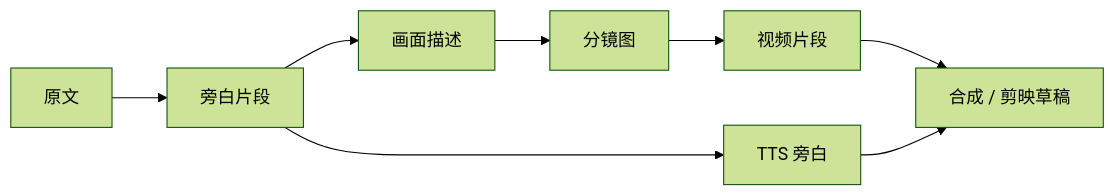
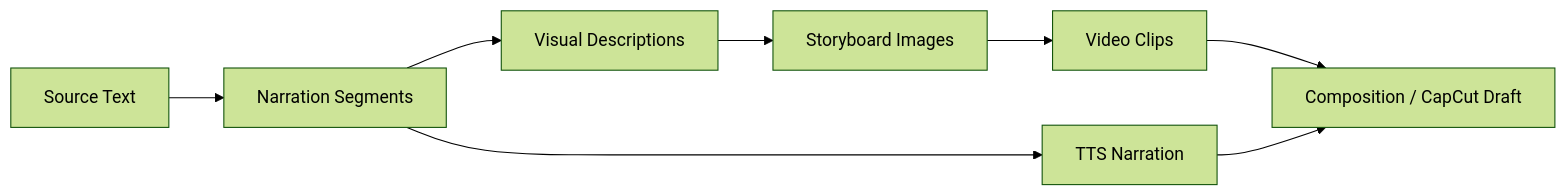
The first of 3 diagrams in website/i18n/en/docusaurus-plugin-content-docs/current/guide/workflows.md (ArcReel/ArcReel), drawn with Mermaid (forest theme) before and after one commit. The commit also changed other lines of this file and 9 other files, not shown here.

````diff
--- a/website/i18n/en/docusaurus-plugin-content-docs/current/guide/workflows.md
+++ b/website/i18n/en/docusaurus-plugin-content-docs/current/guide/workflows.md
@@ -98,10 +98,10 @@
 ```mermaid
 flowchart LR
-    A["原文"] --> B["旁白片段"]
-    B --> C["画面描述"]
-    C --> D["分镜图"]
-    D --> E["视频片段"]
-    B --> F["TTS 旁白"]
-    E --> G["合成 / 剪映草稿"]
+    A["Source Text"] --> B["Narration Segments"]
+    B --> C["Visual Descriptions"]
+    C --> D["Storyboard Images"]
+    D --> E["Video Clips"]
+    B --> F["TTS Narration"]
+    E --> G["Composition / CapCut Draft"]
     F --> G
 ```
````
